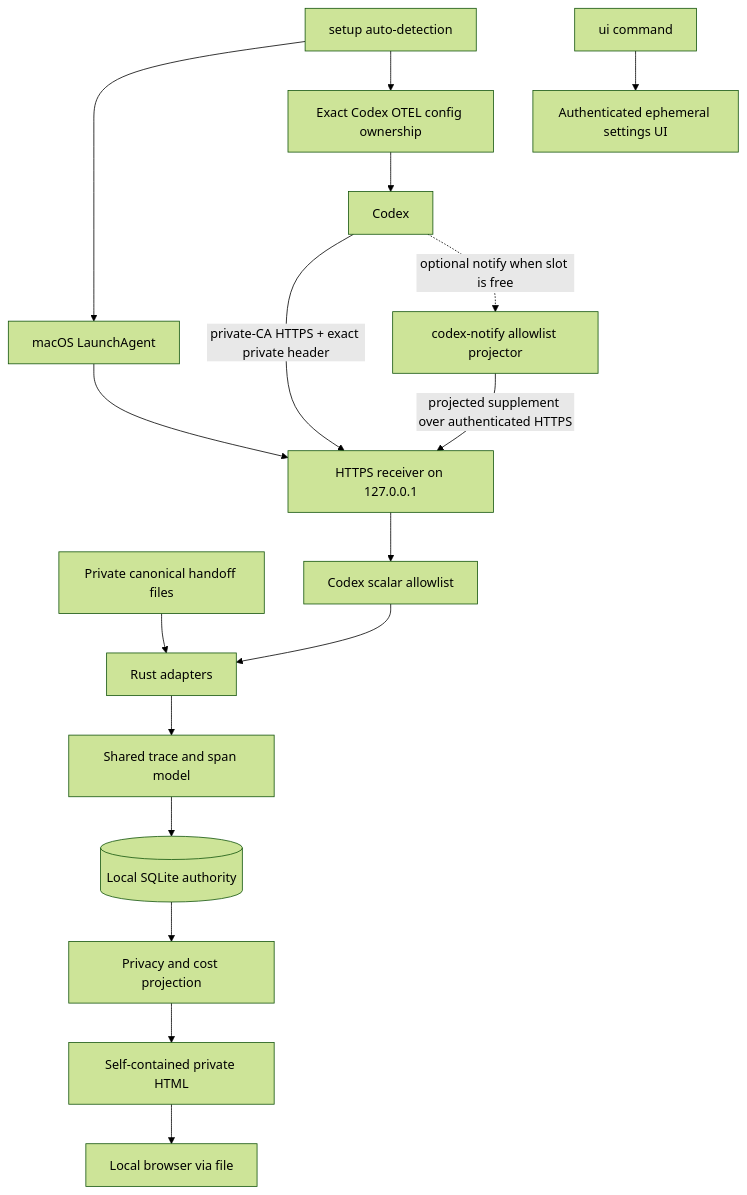
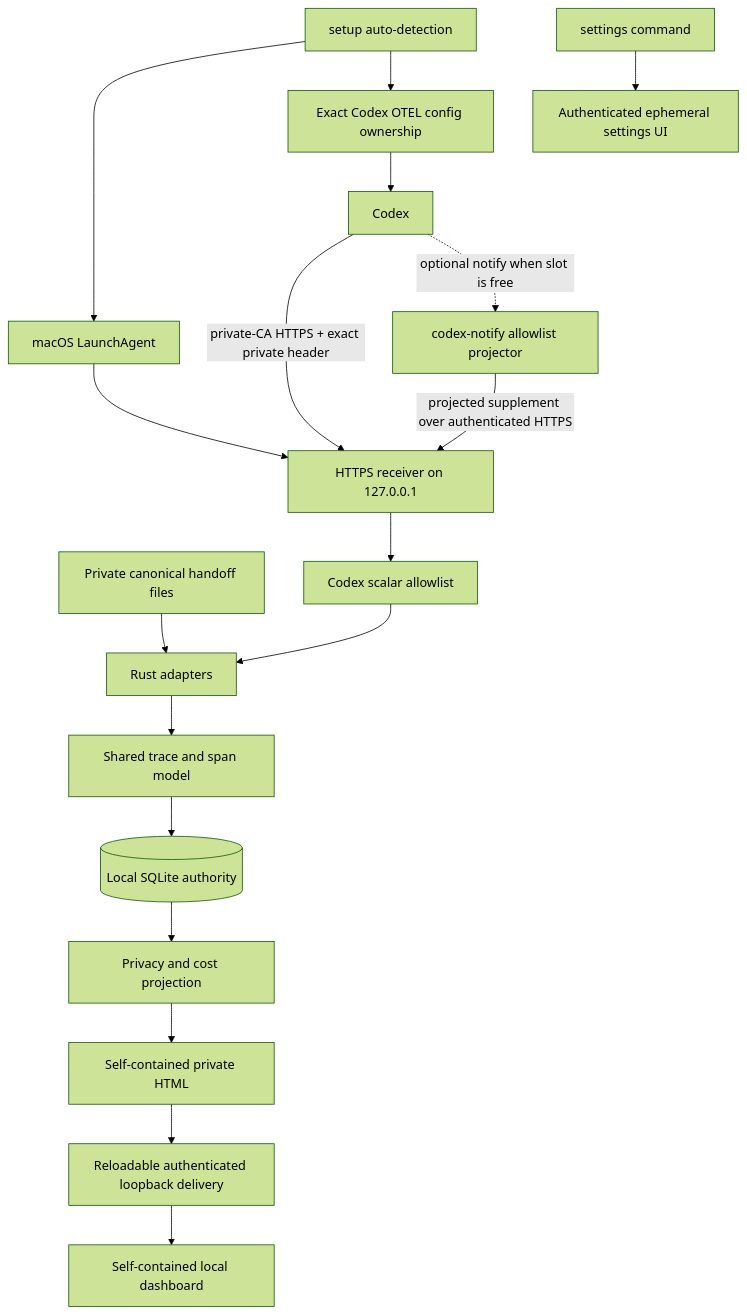
One commit to MCprotein/agent-observability changed the first of 2 diagrams in README.md. Above: the diagram before and after it, drawn with Mermaid (forest theme). The commit also changed other lines of this file and 18 other files, not shown here.

````diff
--- a/README.md
+++ b/README.md
@@ -235,19 +240,20 @@
 ```mermaid
 flowchart TB
     Codex["Codex"] -->|"private-CA HTTPS + exact private header"| Receiver["HTTPS receiver on 127.0.0.1"]
     Codex -.->|"optional notify when slot is free"| Notify["codex-notify allowlist projector"]
     Notify -->|"projected supplement over authenticated HTTPS"| Receiver
     Manual["Private canonical handoff files"] --> Adapters["Rust adapters"]
     Receiver --> Allowlist["Codex scalar allowlist"]
     Allowlist --> Adapters
     Adapters --> Domain["Shared trace and span model"]
     Domain --> Store[("Local SQLite authority")]
     Store --> Report["Privacy and cost projection"]
     Report --> HTML["Self-contained private HTML"]
-    HTML --> Browser["Local browser via file"]
+    HTML --> Delivery["Reloadable authenticated loopback delivery"]
+    Delivery --> Browser["Self-contained local dashboard"]
     Connect["setup auto-detection"] --> LaunchAgent["macOS LaunchAgent"]
     Connect --> Ownership["Exact Codex OTEL config ownership"]
     LaunchAgent --> Receiver
     Ownership --> Codex
-    Settings["ui command"] --> Config["Authenticated ephemeral settings UI"]
+    Settings["settings command"] --> Config["Authenticated ephemeral settings UI"]
 ```
````
